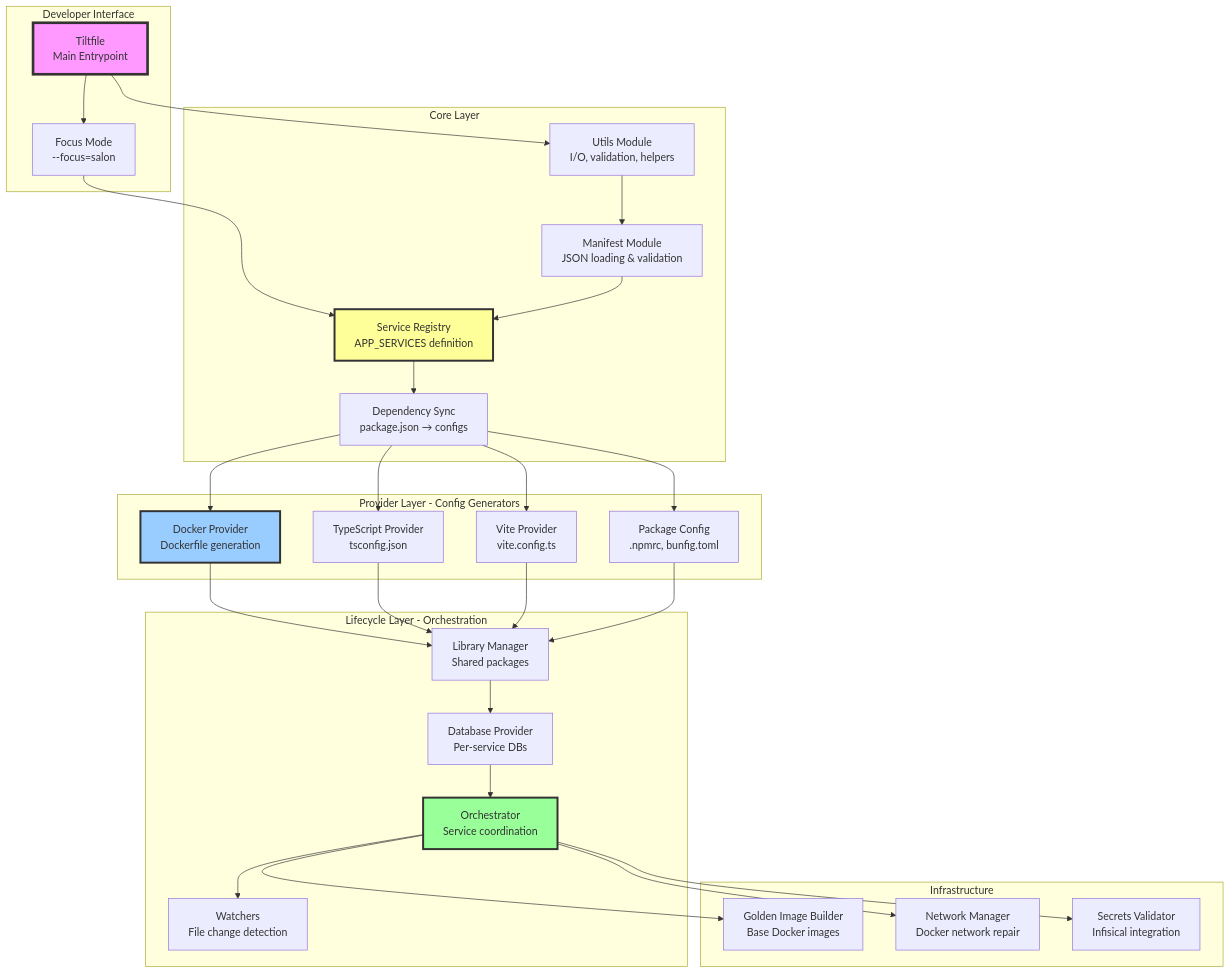
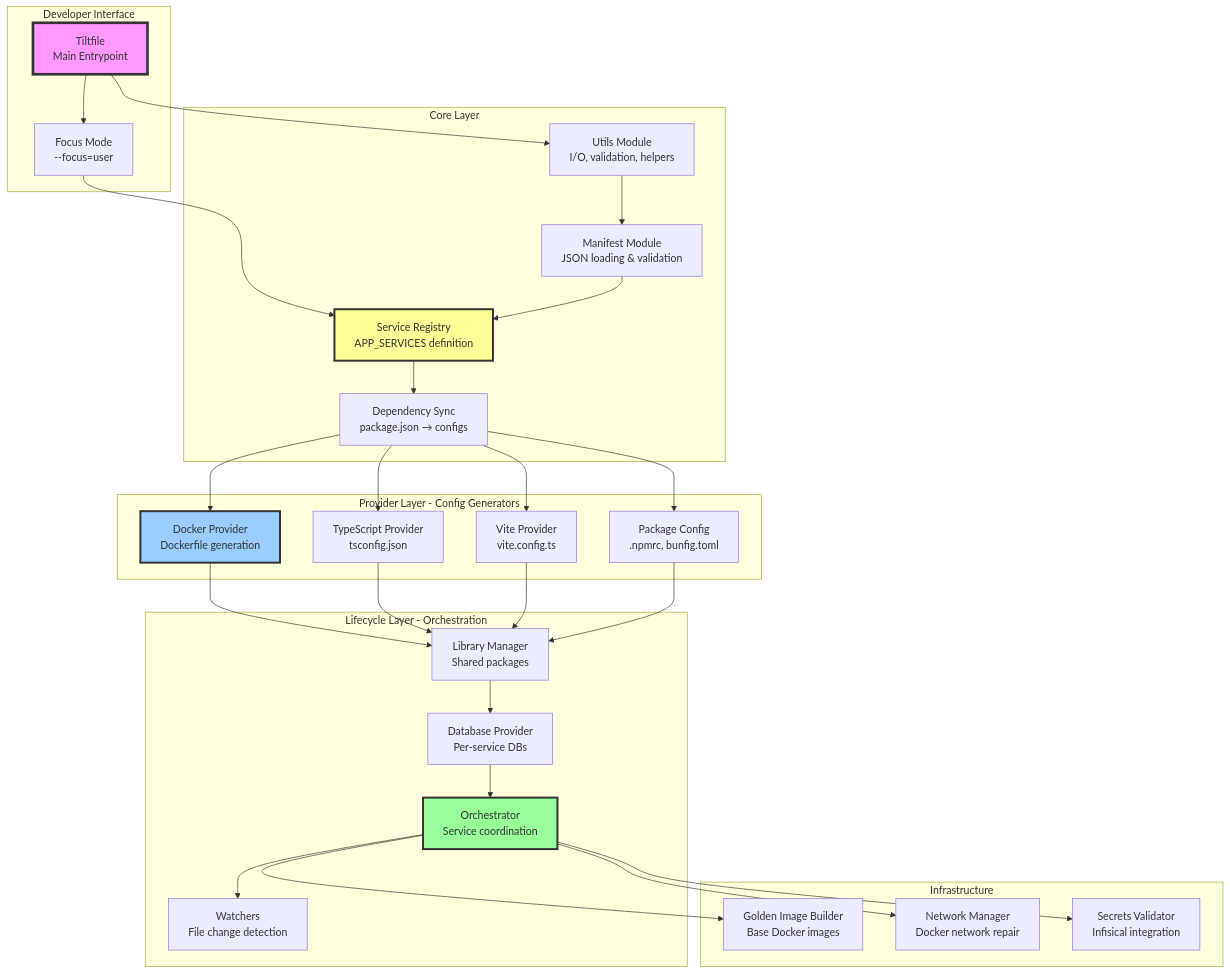
The second of 5 diagrams in engine/docs/C4-ARCHITECTURE-overview.md (AK-Lmn/tdk-cli-core), drawn with Mermaid before and after one commit. The commit also changed other lines of this file and 60 other files, not shown here.

````diff
--- a/engine/docs/C4-ARCHITECTURE-overview.md
+++ b/engine/docs/C4-ARCHITECTURE-overview.md
@@ -35,64 +35,64 @@
 ```mermaid
 graph TB
     subgraph "Developer Interface"
         CLI[Tiltfile<br/>Main Entrypoint]
-        Focus[Focus Mode<br/>--focus=salon]
+        Focus[Focus Mode<br/>--focus=user]
     end
     
     subgraph "Core Layer"
         Utils[Utils Module<br/>I/O, validation, helpers]
         Manifest[Manifest Module<br/>JSON loading & validation]
         Registry[Service Registry<br/>APP_SERVICES definition]
         DepSync[Dependency Sync<br/>package.json → configs]
     end
     
     subgraph "Provider Layer - Config Generators"
         Docker[Docker Provider<br/>Dockerfile generation]
         TS[TypeScript Provider<br/>tsconfig.json]
         Vite[Vite Provider<br/>vite.config.ts]
         NPM[Package Config<br/>.npmrc, bunfig.toml]
     end
     
     subgraph "Lifecycle Layer - Orchestration"
         Libs[Library Manager<br/>Shared packages]
         DB[Database Provider<br/>Per-service DBs]
         Orch[Orchestrator<br/>Service coordination]
         Watch[Watchers<br/>File change detection]
     end
     
     subgraph "Infrastructure"
         Golden[Golden Image Builder<br/>Base Docker images]
         Network[Network Manager<br/>Docker network repair]
         Infisical[Secrets Validator<br/>Infisical integration]
     end
     
     CLI --> Focus
     CLI --> Utils
     Focus --> Registry
     Utils --> Manifest
     Manifest --> Registry
     Registry --> DepSync
     
     DepSync --> Docker
     DepSync --> TS
     DepSync --> Vite
     DepSync --> NPM
     
     Docker --> Libs
     TS --> Libs
     Vite --> Libs
     NPM --> Libs
     
     Libs --> DB
     DB --> Orch
     Orch --> Watch
     
     Orch --> Golden
     Orch --> Network
     Orch --> Infisical
     
     style CLI fill:#f9f,stroke:#333,stroke-width:4px
     style Registry fill:#ff9,stroke:#333,stroke-width:3px
     style Docker fill:#9cf,stroke:#333,stroke-width:3px
     style Orch fill:#9f9,stroke:#333,stroke-width:3px
 ```
````
